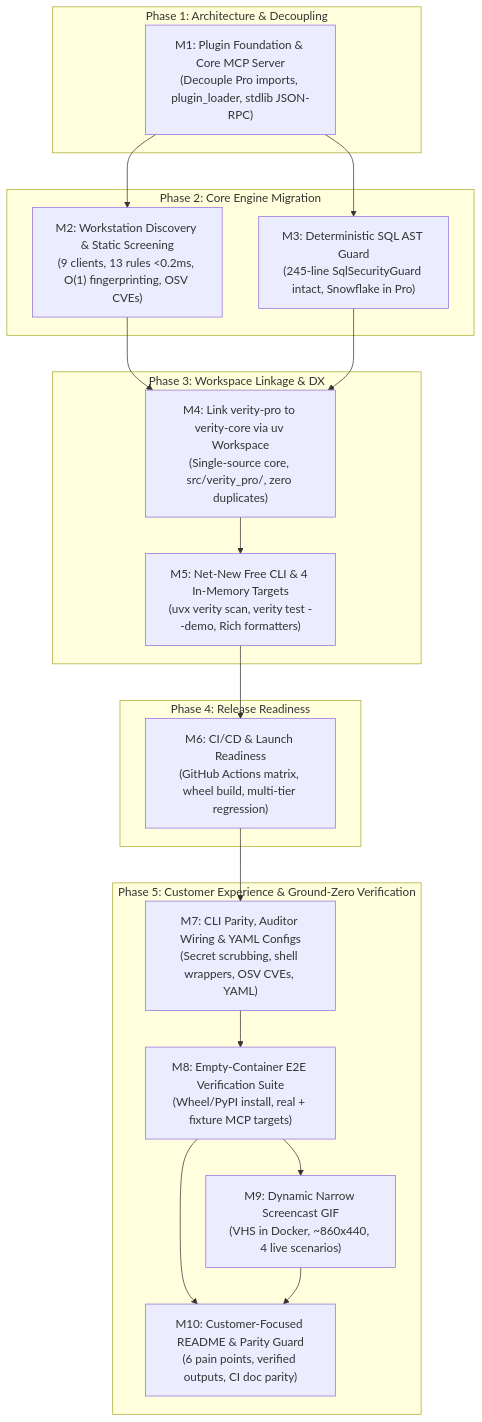
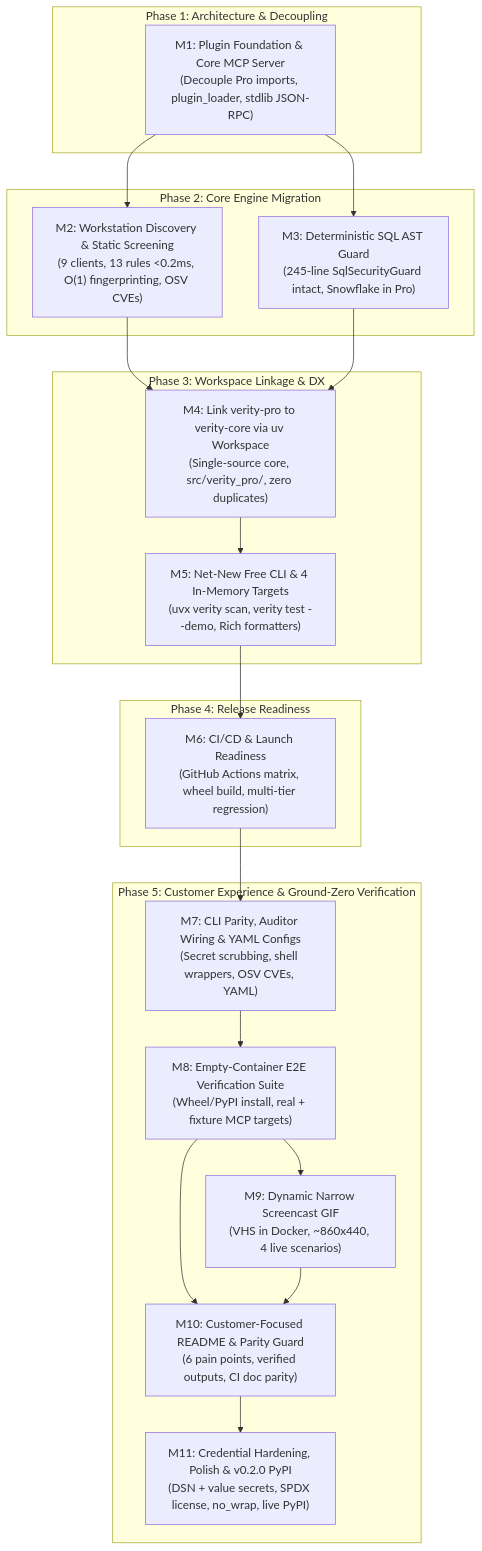
The diagram in TASK_BOARD.md (JMartynov/verityredteam-free), drawn with Mermaid before and after one commit. The commit also changed other lines of this file and 1 other file, not shown here.

````diff
--- a/TASK_BOARD.md
+++ b/TASK_BOARD.md
@@ -16,39 +16,41 @@
 ```mermaid
 flowchart TD
     subgraph Phase1["Phase 1: Architecture & Decoupling"]
         M1["M1: Plugin Foundation & Core MCP Server<br/>(Decouple Pro imports, plugin_loader, stdlib JSON-RPC)"]
     end
 
     subgraph Phase2["Phase 2: Core Engine Migration"]
         M2["M2: Workstation Discovery & Static Screening<br/>(9 clients, 13 rules &lt;0.2ms, O(1) fingerprinting, OSV CVEs)"]
         M3["M3: Deterministic SQL AST Guard<br/>(245-line SqlSecurityGuard intact, Snowflake in Pro)"]
     end
 
     subgraph Phase3["Phase 3: Workspace Linkage & DX"]
         M4["M4: Link verity-pro to verity-core via uv Workspace<br/>(Single-source core, src/verity_pro/, zero duplicates)"]
         M5["M5: Net-New Free CLI &amp; 4 In-Memory Targets<br/>(uvx verity scan, verity test --demo, Rich formatters)"]
     end
 
     subgraph Phase4["Phase 4: Release Readiness"]
         M6["M6: CI/CD &amp; Launch Readiness<br/>(GitHub Actions matrix, wheel build, multi-tier regression)"]
     end
 
     subgraph Phase5["Phase 5: Customer Experience &amp; Ground-Zero Verification"]
         M7["M7: CLI Parity, Auditor Wiring &amp; YAML Configs<br/>(Secret scrubbing, shell wrappers, OSV CVEs, YAML)"]
         M8["M8: Empty-Container E2E Verification Suite<br/>(Wheel/PyPI install, real + fixture MCP targets)"]
         M9["M9: Dynamic Narrow Screencast GIF<br/>(VHS in Docker, ~860x440, 4 live scenarios)"]
         M10["M10: Customer-Focused README &amp; Parity Guard<br/>(6 pain points, verified outputs, CI doc parity)"]
+        M11["M11: Credential Hardening, Polish &amp; v0.2.0 PyPI<br/>(DSN + value secrets, SPDX license, no_wrap, live PyPI)"]
     end
 
     M1 --> M2
     M1 --> M3
     M2 --> M4
     M3 --> M4
     M4 --> M5
     M5 --> M6
     M6 --> M7
     M7 --> M8
     M8 --> M9
     M8 --> M10
     M9 --> M10
+    M10 --> M11
 ```
````
